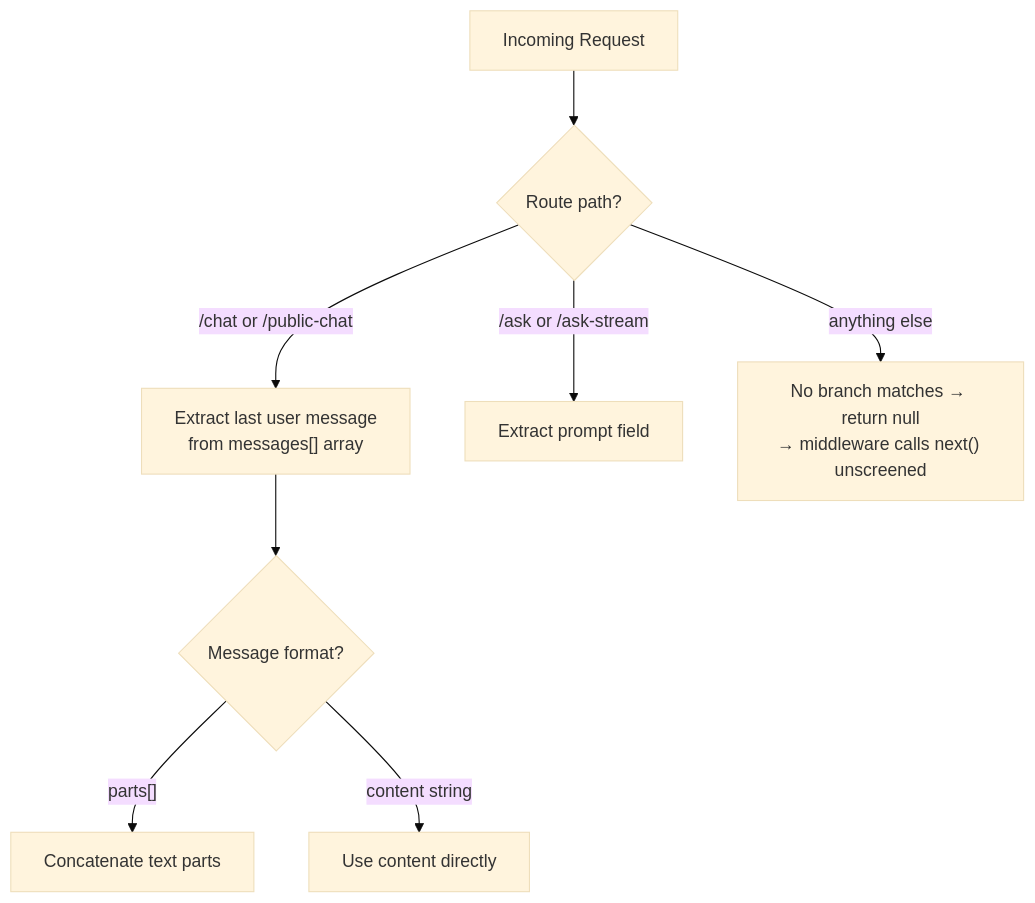
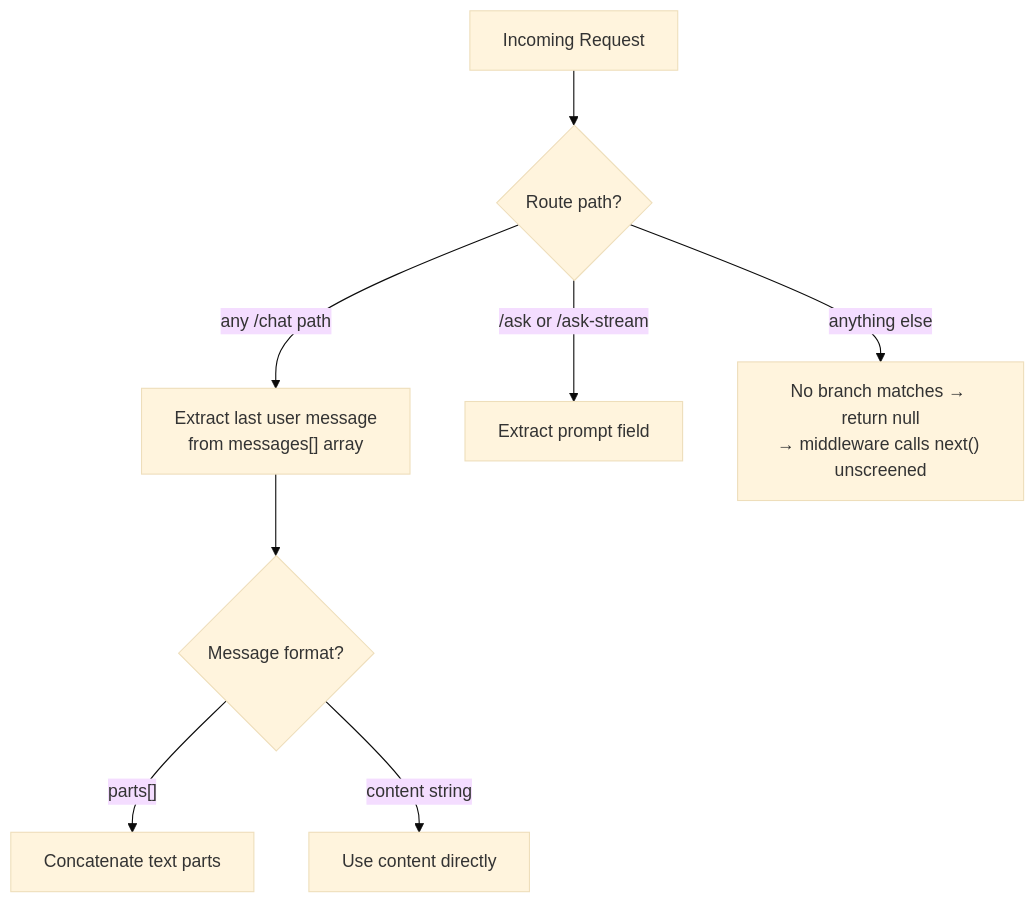
One commit to PaulBratslavsky/strapi-plugin-ai-chat changed the third of 6 diagrams in docs/guardrails.md. Above: the diagram before and after it, drawn with Mermaid (base theme). The commit also changed other lines of this file and 19 other files, not shown here.

First line of the commit message:
feat!: extract public chat into strapi-plugin-ai-sdk-public-chat

````diff
--- a/docs/guardrails.md
+++ b/docs/guardrails.md
@@ -233,11 +235,11 @@
 ```mermaid
 graph TB
     Request["Incoming Request"] --> PathCheck{"Route path?"}
-    PathCheck -->|"/chat or /public-chat"| ChatExtract["Extract last user message<br/>from messages[] array"]
+    PathCheck -->|"any /chat path"| ChatExtract["Extract last user message<br/>from messages[] array"]
     PathCheck -->|"/ask or /ask-stream"| AskExtract["Extract prompt field"]
     PathCheck -->|"anything else"| NoMatch["No branch matches → return null<br/>→ middleware calls next() unscreened"]
 
     ChatExtract --> UIFormat{"Message format?"}
     UIFormat -->|"parts[]"| Parts["Concatenate text parts"]
     UIFormat -->|"content string"| Content["Use content directly"]
 ```
````
